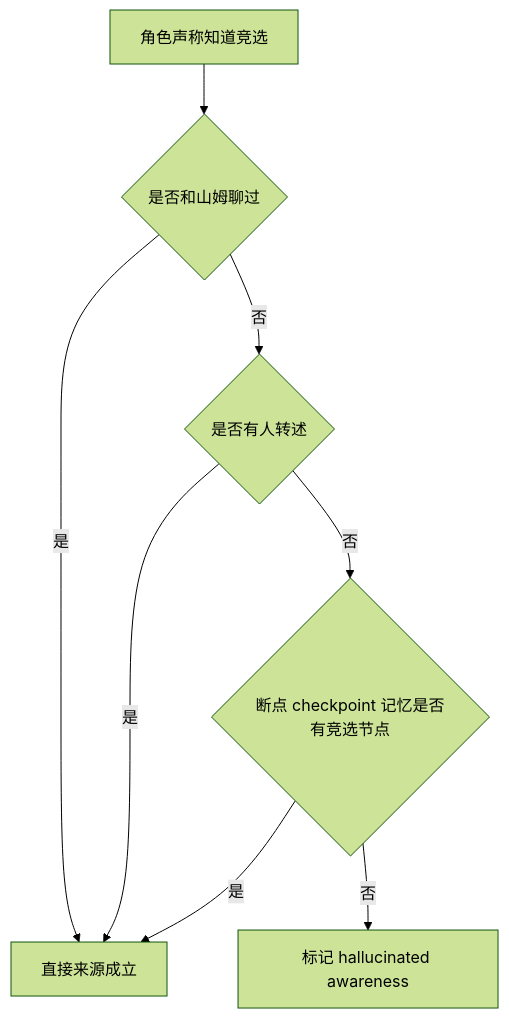
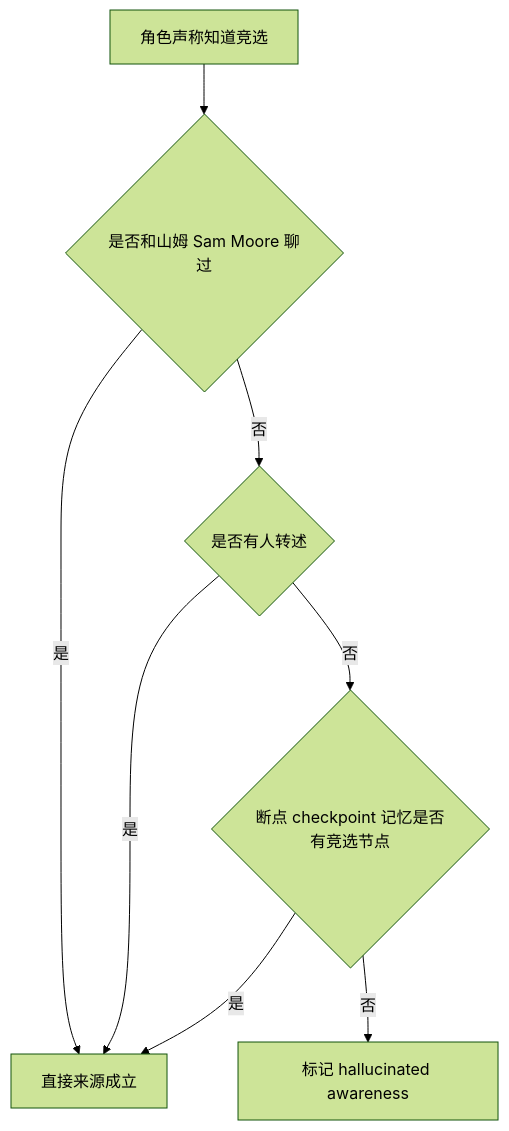
One commit to tbkken/GenerativeAgentsCN changed the seventh of 7 diagrams in docs/book/manuscript/part_04/chapter_25.md. Above: the diagram before and after it, drawn with Mermaid (forest theme). The commit also changed other lines of this file and 51 other files, not shown here.

````diff
--- a/docs/book/manuscript/part_04/chapter_25.md
+++ b/docs/book/manuscript/part_04/chapter_25.md
@@ -441,10 +441,10 @@
 ```mermaid
 flowchart TD
-    Claim["角色声称知道竞选"] --> Direct{"是否和山姆聊过"}
+    Claim["角色声称知道竞选"] --> Direct{"是否和山姆 Sam Moore 聊过"}
     Direct -->|是| Valid["直接来源成立"]
     Direct -->|否| Retell{"是否有人转述"}
     Retell -->|是| Valid
     Retell -->|否| Memory{"断点 checkpoint 记忆是否有竞选节点"}
     Memory -->|是| Valid
     Memory -->|否| Mark["标记 hallucinated awareness"]
 ```
````
